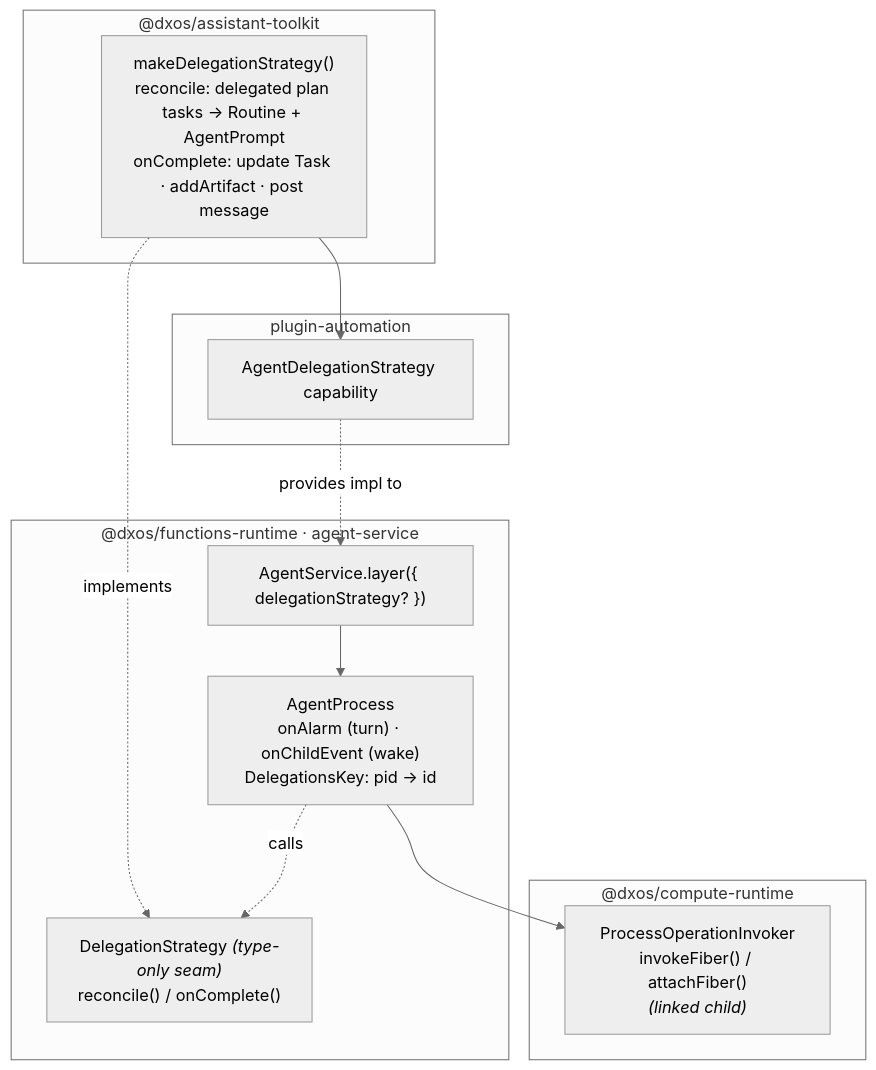
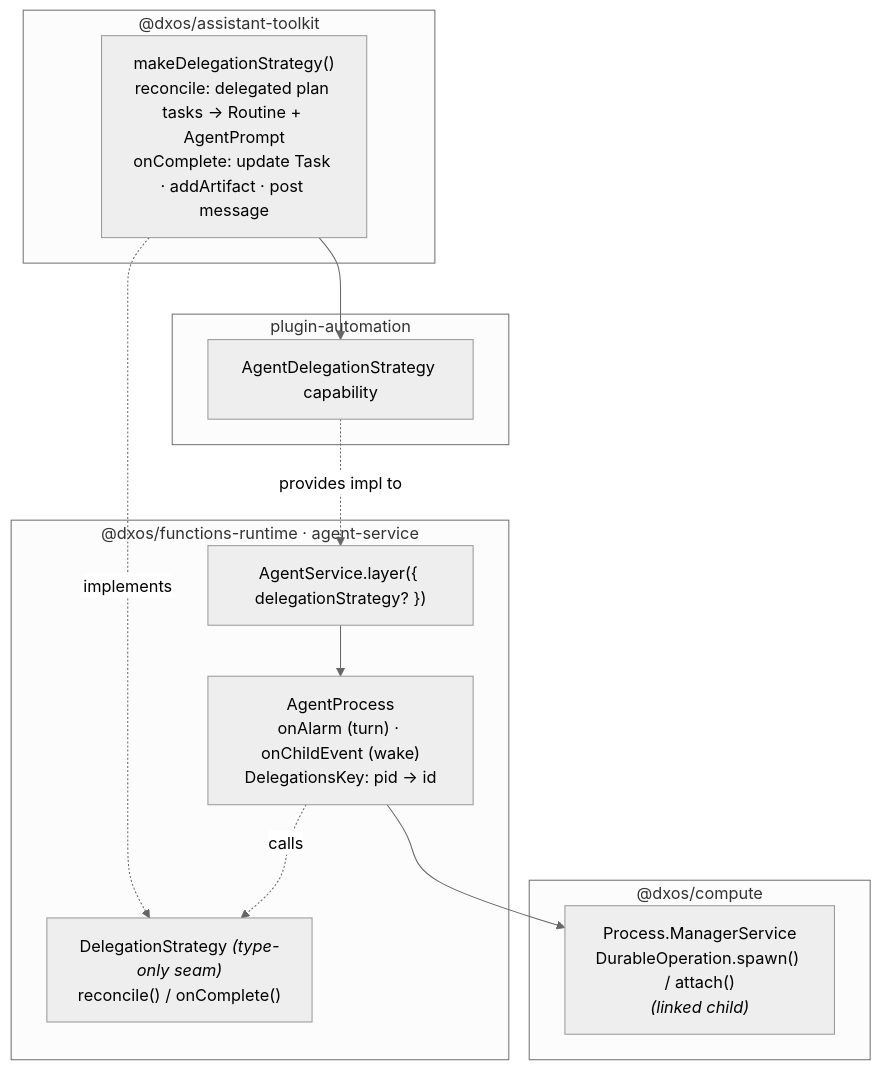
Before and after one commit to dxos/dxos: the first of 2 diagrams in packages/core/compute/agent-runtime/src/agent-service/README.md, drawn with Mermaid (neutral theme). The commit also changed other lines of this file and 33 other files, not shown here.

First line of the commit message:
compute: move the process invoker into Operation; drop invokeFiber for Process.Manager

````diff
--- a/packages/core/compute/agent-runtime/src/agent-service/README.md
+++ b/packages/core/compute/agent-runtime/src/agent-service/README.md
@@ -15,27 +15,27 @@
 ```mermaid
 flowchart TB
-  subgraph rt["@dxos/compute-runtime"]
-    POI["ProcessOperationInvoker<br/>invokeFiber() / attachFiber()<br/><i>(linked child)</i>"]
+  subgraph rt["@dxos/compute"]
+    POI["Process.ManagerService<br/>DurableOperation.spawn() / attach()<br/><i>(linked child)</i>"]
   end
 
   subgraph fr["@dxos/functions-runtime · agent-service"]
     AS["AgentService.layer({ delegationStrategy? })"]
     AP["AgentProcess<br/>onAlarm (turn) · onChildEvent (wake)<br/>DelegationsKey: pid → id"]
     SS["DelegationStrategy <i>(type-only seam)</i><br/>reconcile() / onComplete()"]
     AS --> AP
     AP -. "calls" .-> SS
     AP --> POI
   end
 
   subgraph tk["@dxos/assistant-toolkit"]
     IMPL["makeDelegationStrategy()<br/>reconcile: delegated plan tasks → Routine + AgentPrompt<br/>onComplete: update Task · addArtifact · post message"]
   end
 
   subgraph pa["plugin-automation"]
     CAP["AgentDelegationStrategy capability"]
   end
 
   IMPL -. "implements" .-> SS
   CAP -. "provides impl to" .-> AS
   IMPL --> CAP
 ```
````
